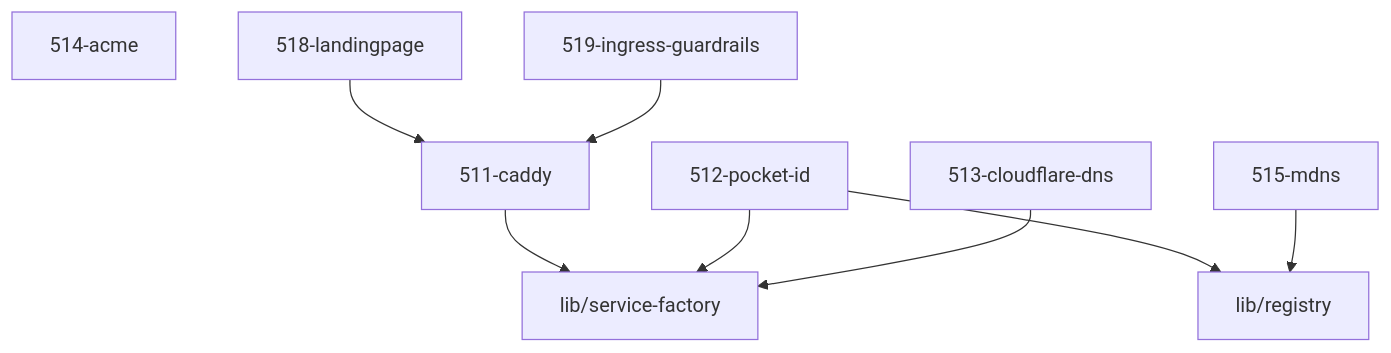
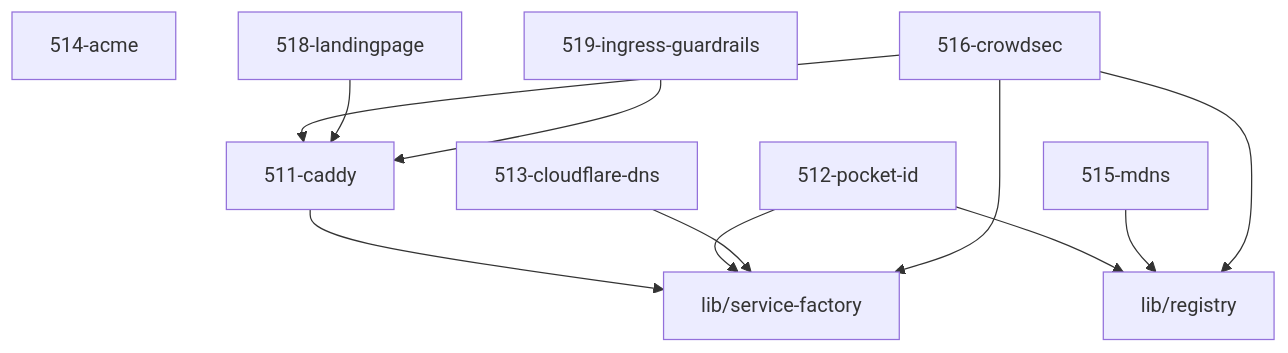
One commit to grapefruit89/mediNix-core changed the diagram in 51-ingress/AGENTS.md. Above: the diagram before and after it, drawn with Mermaid. The commit also changed other lines of this file and 9 other files, not shown here.

````diff
--- a/51-ingress/AGENTS.md
+++ b/51-ingress/AGENTS.md
@@ -57,11 +59,14 @@
 ```mermaid
 graph TD
   511_caddy["511-caddy"] --> service_factory["lib/service-factory"]
   512_pocket_id["512-pocket-id"] --> service_factory["lib/service-factory"]
   512_pocket_id["512-pocket-id"] --> registry["lib/registry"]
   513_cloudflare_dns["513-cloudflare-dns"] --> service_factory["lib/service-factory"]
   514_acme["514-acme"]
   515_mdns["515-mdns"] --> registry["lib/registry"]
+  516_crowdsec["516-crowdsec"] --> service_factory["lib/service-factory"]
+  516_crowdsec["516-crowdsec"] --> registry["lib/registry"]
+  516_crowdsec["516-crowdsec"] --> 511_caddy["51-ingress/511-caddy"]
   518_landingpage["518-landingpage"] --> 511_caddy["511-caddy"]
   519_ingress_guardrails["519-ingress-guardrails"] --> 511_caddy["511-caddy"]
 ```
````
